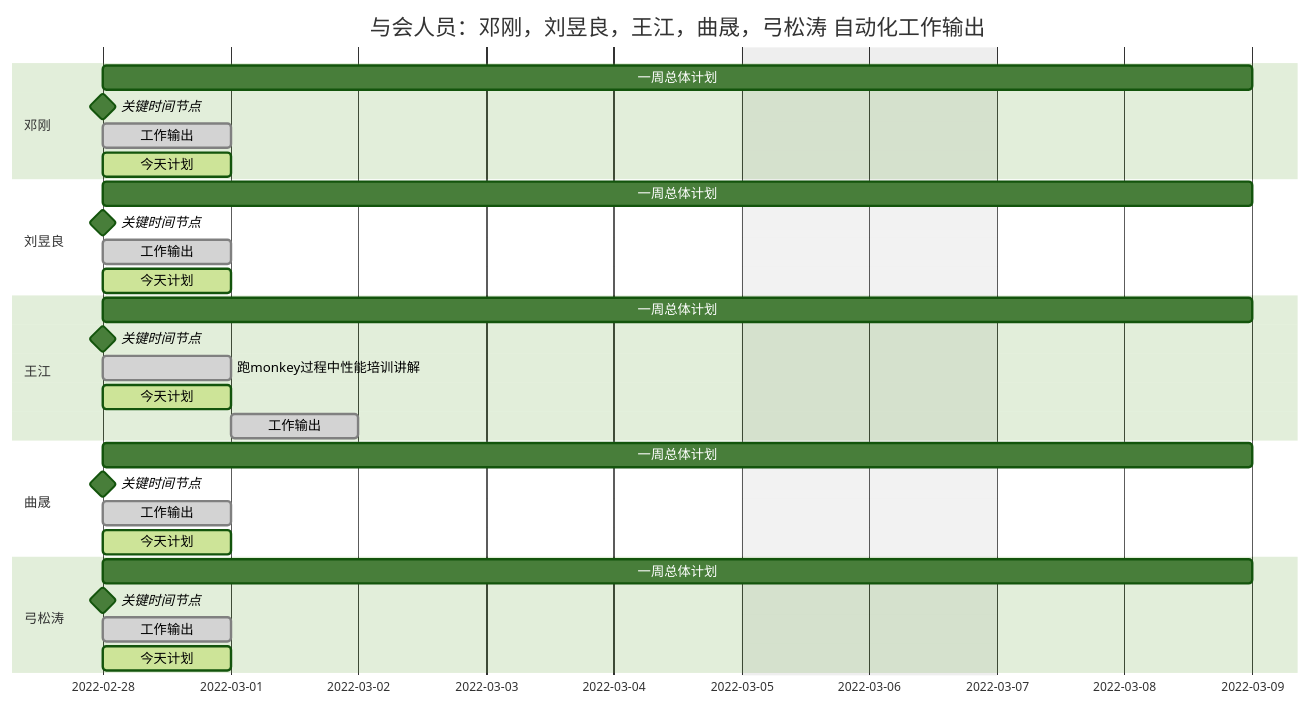
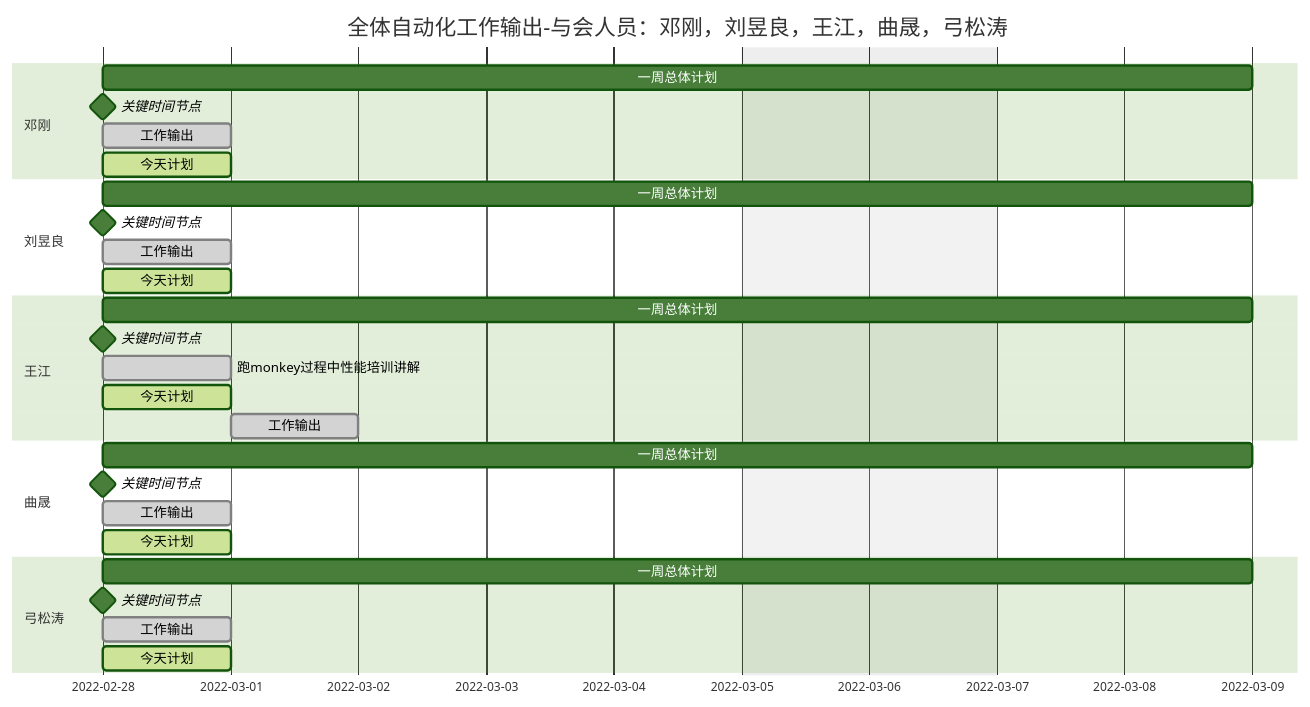
One commit to DC-Melo/README changed the diagram in README.md. Above: the diagram before and after it, drawn with Mermaid (forest theme).

````diff
--- a/README.md
+++ b/README.md
@@ -74,38 +74,38 @@
 ```mermaid
 gantt
-    title 与会人员：邓刚，刘昱良，王江，曲晟，弓松涛 自动化工作输出 
+    title 全体自动化工作输出-与会人员：邓刚，刘昱良，王江，曲晟，弓松涛
     dateFormat  YYYY-MM-DD
     excludes    weekends
 
     section 邓刚
     一周总体计划               : weekplan  , 2022-02-28 , 1w
     关键时间节点               : milestone  , 2022-02-28 , 0d
     工作输出                   : done,   monf  , 2022-02-28 , 1d
     今天计划                   : active, monp  , 2022-02-28 , 1d
 
     section 刘昱良
     一周总体计划               : weekplan  , 2022-02-28 , 1w
     关键时间节点               : milestone  , 2022-02-28 , 0d
     工作输出                   : done,   monf  , 2022-02-28 , 1d
     今天计划                   : active, monp  , 2022-02-28 , 1d
 
     section 王江
     一周总体计划               : weekplan  , 2022-02-28 , 1w
     关键时间节点               : milestone  , 2022-02-28 , 0d
     跑monkey过程中性能培训讲解 : done,   monf  , 2022-02-28 , 1d
     今天计划                   : active, monp  , 2022-02-28 , 1d
     工作输出                   : done,   Tuef  , 2022-03-01 , 1d
 
     section 曲晟
     一周总体计划               : weekplan  , 2022-02-28 , 1w
     关键时间节点               : milestone  , 2022-02-28 , 0d
     工作输出                   : done,   monf  , 2022-02-28 , 1d
     今天计划                   : active, monp  , 2022-02-28 , 1d
 
     section 弓松涛
     一周总体计划               : weekplan  , 2022-02-28 , 1w
     关键时间节点               : milestone  , 2022-02-28 , 0d
     工作输出                   : done,   monf  , 2022-02-28 , 1d
     今天计划                   : active, monp  , 2022-02-28 , 1d
 
 ```
````
